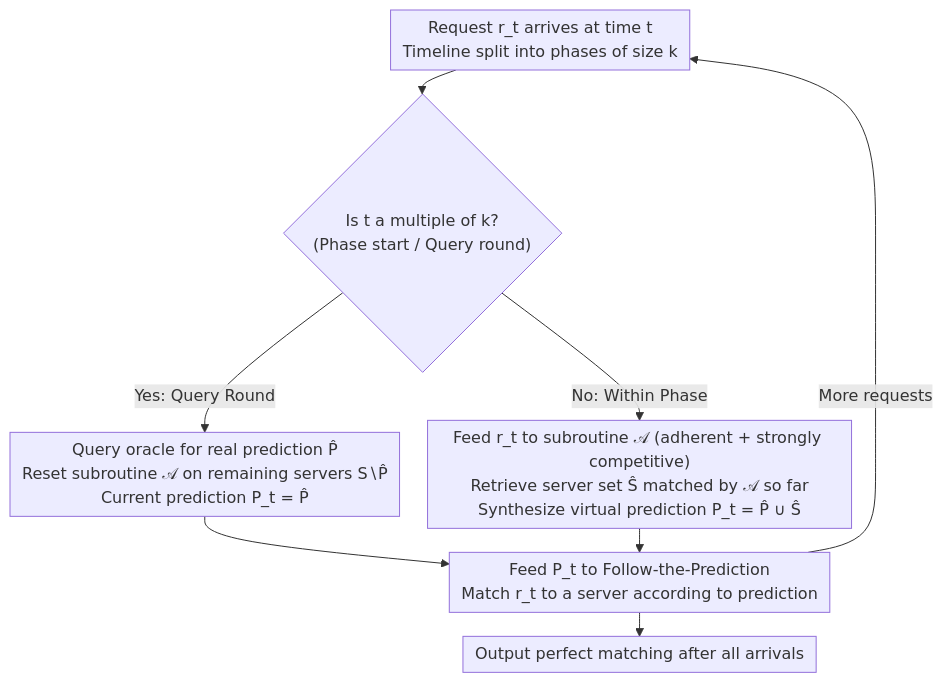
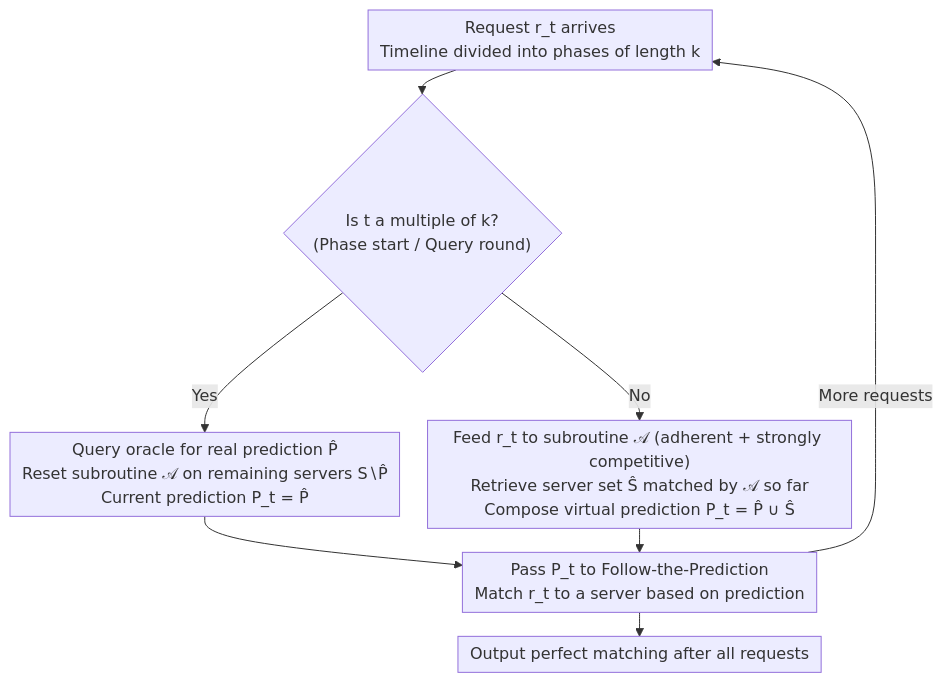
The diagram in docs/ICML2026/learning_theory/parsimonious_learning-augmented_online_metric_matching.md (zhaoyang97/Paper-Notes-en), drawn with Mermaid before and after one commit. The commit also changed other lines of this file and 5084 other files, not shown here.

````diff
--- a/docs/ICML2026/learning_theory/parsimonious_learning-augmented_online_metric_matching.md
+++ b/docs/ICML2026/learning_theory/parsimonious_learning-augmented_online_metric_matching.md
@@ -44,11 +44,11 @@
 ```mermaid
 %%{init: {'flowchart': {'rankSpacing': 24, 'nodeSpacing': 28, 'padding': 6, 'wrappingWidth': 400}}}%%
 flowchart TD
-    A["Request r_t arrives at time t<br/>Timeline split into phases of size k"] --> B{"Is t a multiple of k?<br/>(Phase start / Query round)"}
-    B -->|Yes: Query Round| C["Query oracle for real prediction P̂<br/>Reset subroutine 𝒜 on remaining servers S∖P̂<br/>Current prediction P_t = P̂"]
-    B -->|No: Within Phase| D["Feed r_t to subroutine 𝒜 (adherent + strongly competitive)<br/>Retrieve server set Ŝ matched by 𝒜 so far<br/>Synthesize virtual prediction P_t = P̂ ∪ Ŝ"]
-    C --> E["Feed P_t to Follow-the-Prediction<br/>Match r_t to a server according to prediction"]
+    A["Request r_t arrives<br/>Timeline divided into phases of length k"] --> B{"Is t a multiple of k?<br/>(Phase start / Query round)"}
+    B -->|Yes| C["Query oracle for real prediction P̂<br/>Reset subroutine 𝒜 on remaining servers S∖P̂<br/>Current prediction P_t = P̂"]
+    B -->|No| D["Feed r_t to subroutine 𝒜 (adherent + strongly competitive)<br/>Retrieve server set Ŝ matched by 𝒜 so far<br/>Compose virtual prediction P_t = P̂ ∪ Ŝ"]
+    C --> E["Pass P_t to Follow-the-Prediction<br/>Match r_t to a server based on prediction"]
     D --> E
     E -->|More requests| A
-    E --> F["Output perfect matching after all arrivals"]
+    E --> F["Output perfect matching after all requests"]
 ```
````
